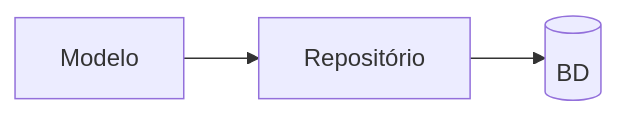
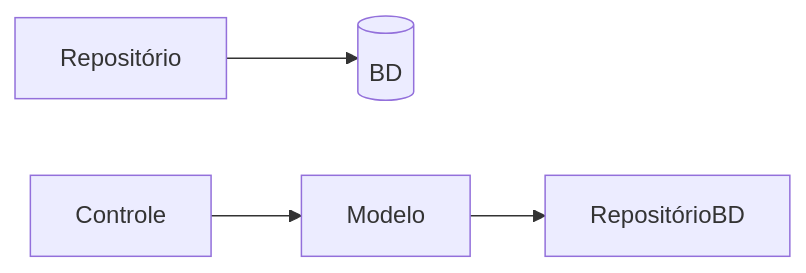
The first of 2 diagrams in docs/testes-unidade.md (mtov/esmforum), drawn with Mermaid before and after one commit. The commit also changed other lines of this file, not shown here.

````diff
--- a/docs/testes-unidade.md
+++ b/docs/testes-unidade.md
@@ -53,6 +55,7 @@
 ```mermaid
 flowchart LR
     BD[(BD)]
-    Modelo --> Repositório
+    Controle --> Modelo
+    Modelo --> RepositórioBD
     Repositório --> BD
 ```
````
